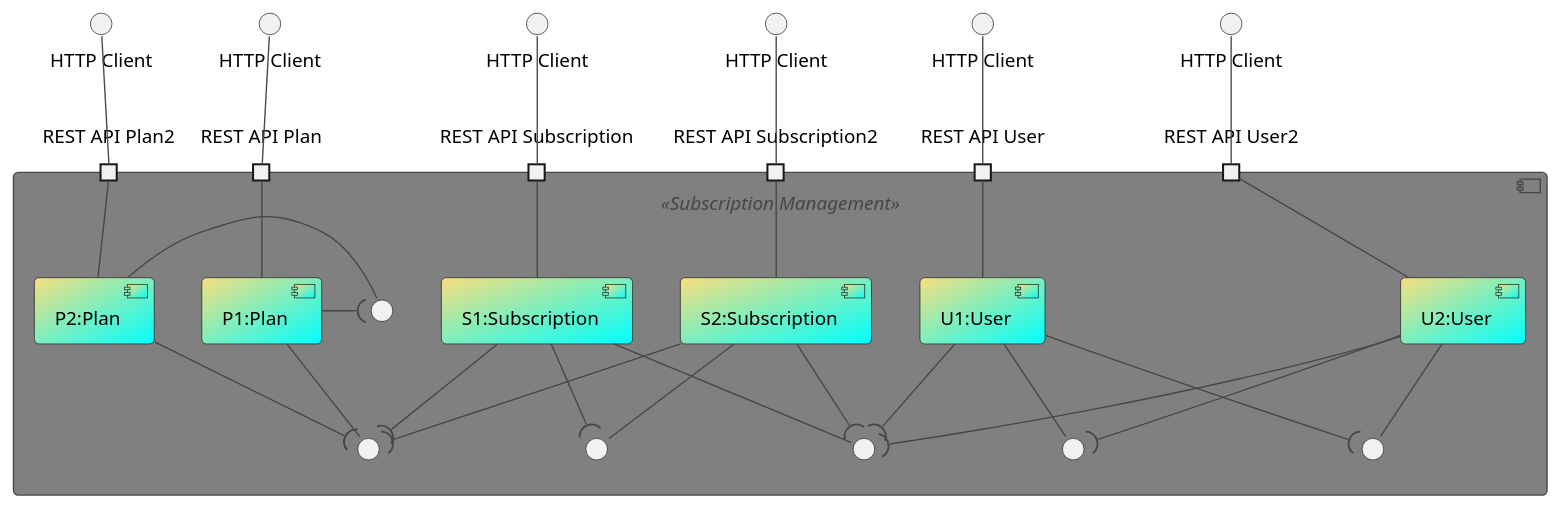
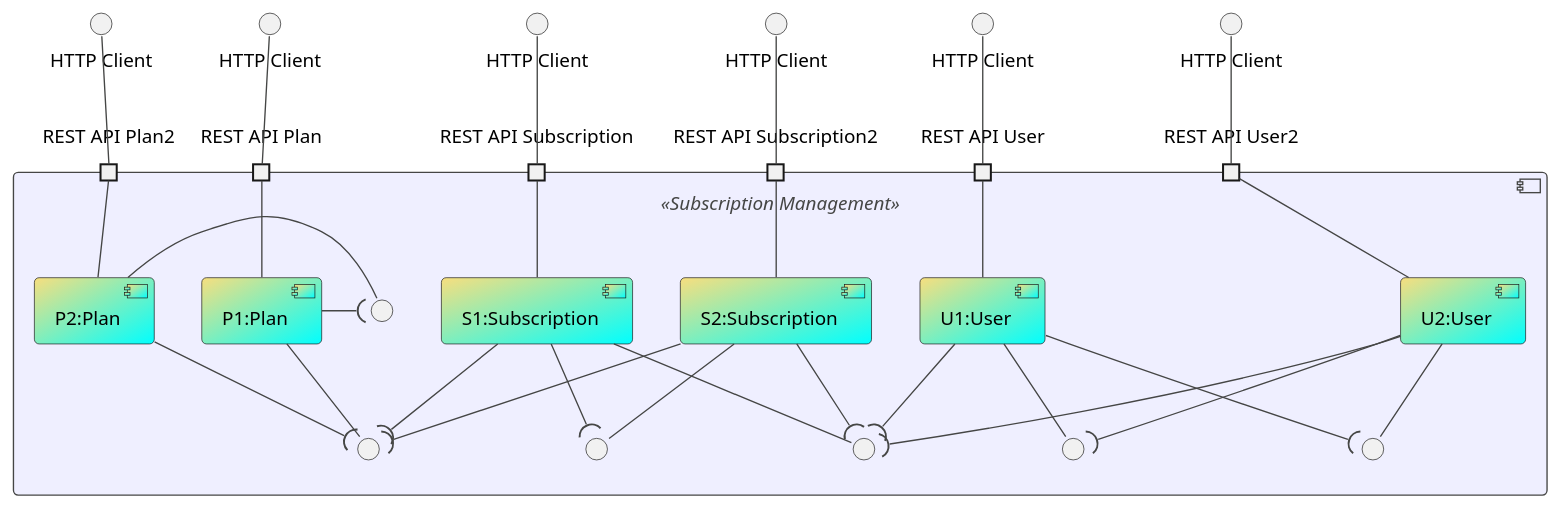
Before and after one commit to tam65r/protobuf-in-REST-aplication: the diagram in sidis-project1-protobuf/docs/CD-N2v2.puml, drawn with PlantUML. The commit also changed 27 other files, not shown here.

```diff
--- a/sidis-project1-protobuf/docs/CD-N2v2.puml
+++ b/sidis-project1-protobuf/docs/CD-N2v2.puml
@@ -1,90 +1,90 @@
 @startuml
 'https://plantuml.com/component-diagram
 !theme toy
 
 skinparam backgroundColor Transparent
-skinparam componentBackgroundColor Gray
+skinparam componentBackgroundColor MOTIVATION
 component " " <<Subscription Management>> {
     portin "REST API Plan"  as apiP
         portin "REST API Plan2"  as apiP2
 
     portin "REST API Subscription" as apiS
         portin "REST API Subscription2" as apiS2
 
     portin "REST API User" as apiU
         portin "REST API User2" as apiU2
 
     component "P1:Plan" as plans #F8DE7E/00FFFF
         component "P2:Plan" as plans2 #F8DE7E/00FFFF
 
     component "S1:Subscription" as subscriptions #F8DE7E/00FFFF
         component "S2:Subscription" as subscriptions2 #F8DE7E/00FFFF
 
     component "U1:User" as users #F8DE7E/00FFFF
 
         component "U2:User" as users2 #F8DE7E/00FFFF
 
 
     interface " " as inter1
     interface " " as inter2
     interface " " as inter3
     interface " " as inter4
     interface " " as inter5
     interface " " as inter6
 }
 
 
 
 interface "HTTP Client" as HTTPa
 interface "HTTP Client" as HTTPb
 interface "HTTP Client" as HTTPc
 
 interface "HTTP Client" as HTTPa2
 interface "HTTP Client" as HTTPb2
 interface "HTTP Client" as HTTPc2
 
 apiP --plans
 apiS - subscriptions
 apiU - users
 
 HTTPa -- apiP
 HTTPb -- apiS
 HTTPc -- apiU
 
 
 
 
 
 apiP2 - plans2
 apiS2 - subscriptions2
 apiU2 - users2
 
 HTTPa2 -- apiP2
 HTTPb2 -- apiS2
 HTTPc2 -- apiU2
 
 plans  -( inter1
 inter1 - plans2
 
 plans -d- inter2
 
 subscriptions --( inter2
 subscriptions2 --( inter2
 plans2 --( inter2
 
 subscriptions -- inter3
 subscriptions2 --( inter3
 
 subscriptions --( inter4
 subscriptions2 -- inter4
 
 
 users -- inter5
 users2 --( inter5
 
 users --( inter6
 users2 -- inter6
 
 users --( inter3
 users2 --( inter3
 @enduml
```
